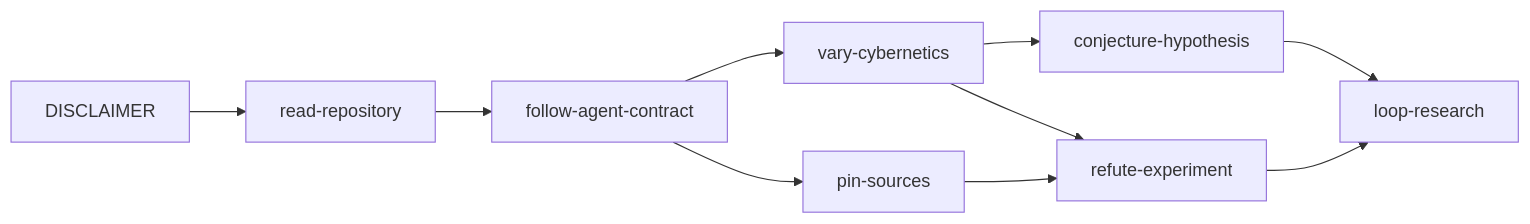
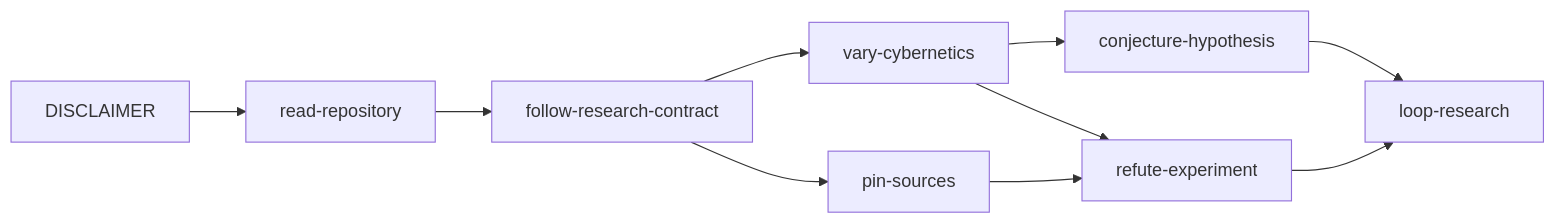
One commit to wetware-hq/popper changed the diagram in docs/read-repository.md. Above: the diagram before and after it, drawn with Mermaid. The commit also changed other lines of this file and 11 other files, not shown here.

````diff
--- a/docs/read-repository.md
+++ b/docs/read-repository.md
@@ -44,12 +44,12 @@
 ```mermaid { type: notebook.cell }
 flowchart LR
     D[DISCLAIMER] --> R[read-repository]
-    R --> C[follow-agent-contract]
+    R --> C[follow-research-contract]
     C --> P[pin-sources]
     C --> V[vary-cybernetics]
     V --> H[conjecture-hypothesis]
     V --> E[refute-experiment]
     P --> E
     H --> L[loop-research]
     E --> L
 ```
````
